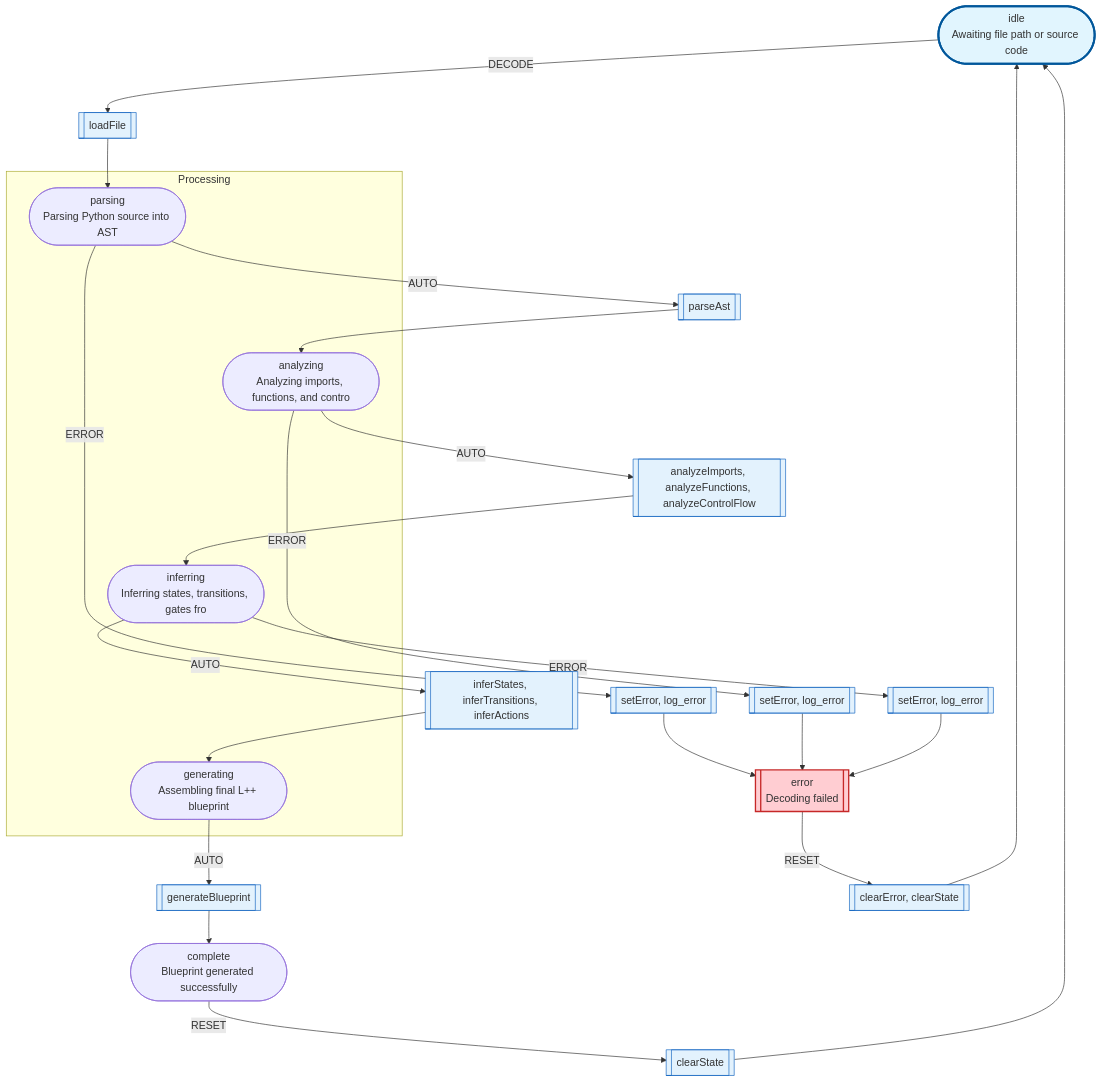
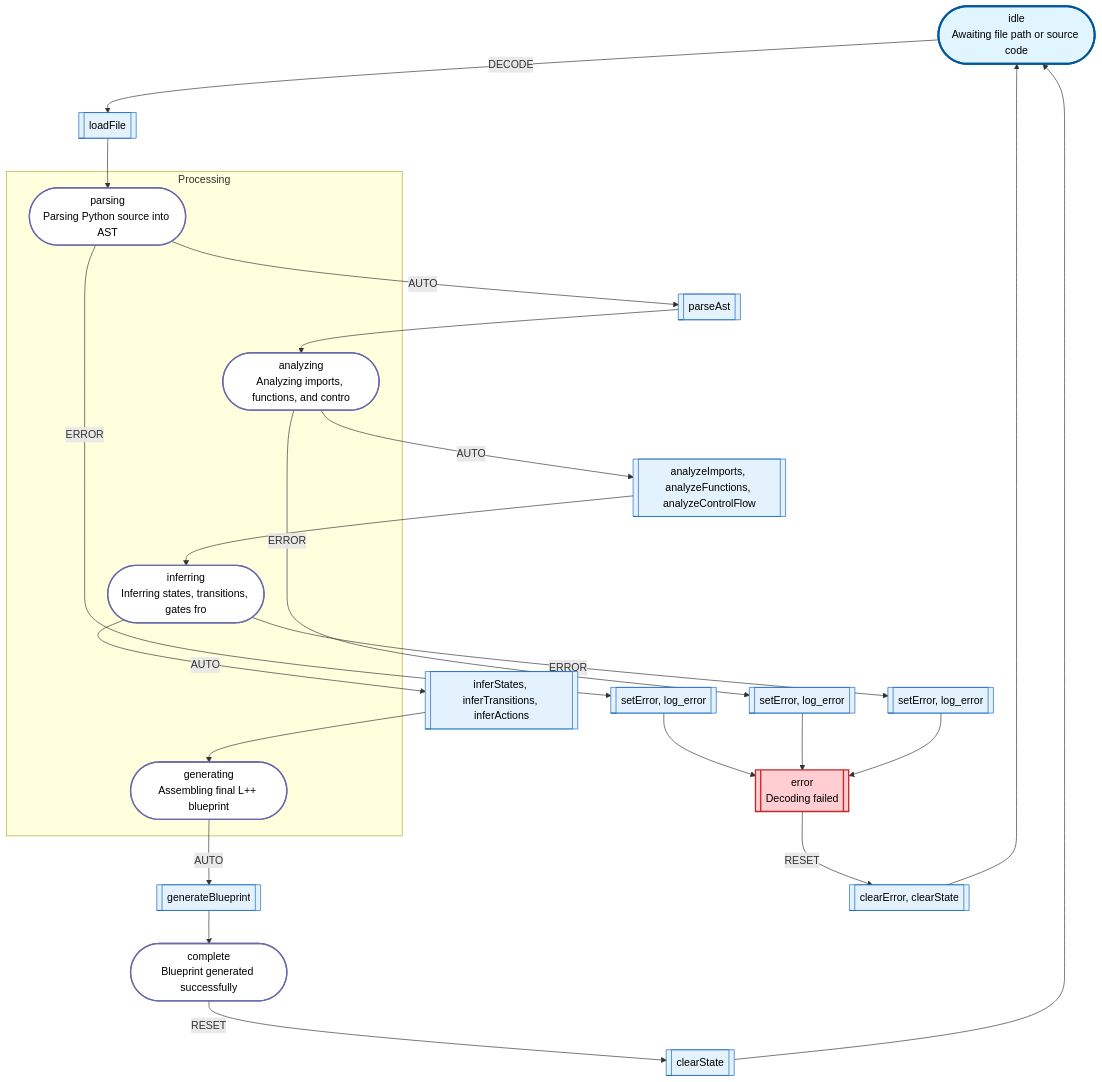
The diagram in utils/logic_decoder/results/logic_decoder.mmd (rhCat/lpp), drawn with Mermaid before and after one commit. The commit also changed 64 other files, not shown here.

```diff
--- a/utils/logic_decoder/results/logic_decoder.mmd
+++ b/utils/logic_decoder/results/logic_decoder.mmd
@@ -1,50 +1,51 @@
 flowchart TD
     %% L++ Logic CAD: Python Logic Decoder
-        state_idle(["idle\nAwaiting file path or source code"]):::entry
+        state_idle(["idle<br>Awaiting file path or source code"]):::entry
     subgraph Processing
-        state_parsing(["parsing\nParsing Python source into AST"])
-        state_analyzing(["analyzing\nAnalyzing imports, functions, and contro"])
-        state_inferring(["inferring\nInferring states, transitions, gates fro"])
-        state_generating(["generating\nAssembling final L++ blueprint"])
+        state_parsing(["parsing<br>Parsing Python source into AST"]):::state
+        state_analyzing(["analyzing<br>Analyzing imports, functions, and contro"]):::state
+        state_inferring(["inferring<br>Inferring states, transitions, gates fro"]):::state
+        state_generating(["generating<br>Assembling final L++ blueprint"]):::state
     end
-        state_complete(["complete\nBlueprint generated successfully"])
-        state_error[["error\nDecoding failed"]]:::errorState
+        state_complete(["complete<br>Blueprint generated successfully"]):::state
+        state_error[["error<br>Decoding failed"]]:::errorState
 
     %% Transitions
     act_t0s0[["loadFile"]]:::action
     state_idle -- "DECODE" --> act_t0s0
     act_t0s0 --> state_parsing
     act_t1s0[["parseAst"]]:::action
     state_parsing -- "AUTO" --> act_t1s0
     act_t1s0 --> state_analyzing
     act_t2s0[["analyzeImports, analyzeFunctions, analyzeControlFlow"]]:::action
     state_analyzing -- "AUTO" --> act_t2s0
     act_t2s0 --> state_inferring
     act_t3s0[["inferStates, inferTransitions, inferActions"]]:::action
     state_inferring -- "AUTO" --> act_t3s0
     act_t3s0 --> state_generating
     act_t4s0[["generateBlueprint"]]:::action
     state_generating -- "AUTO" --> act_t4s0
     act_t4s0 --> state_complete
     act_t5s0[["setError, log_error"]]:::action
     state_parsing -- "ERROR" --> act_t5s0
     act_t5s0 --> state_error
     act_t6s0[["setError, log_error"]]:::action
     state_analyzing -- "ERROR" --> act_t6s0
     act_t6s0 --> state_error
     act_t7s0[["setError, log_error"]]:::action
     state_inferring -- "ERROR" --> act_t7s0
     act_t7s0 --> state_error
     act_t8s0[["clearState"]]:::action
     state_complete -- "RESET" --> act_t8s0
     act_t8s0 --> state_idle
     act_t9s0[["clearError, clearState"]]:::action
     state_error -- "RESET" --> act_t9s0
     act_t9s0 --> state_idle
 
-    %% Styling
-    classDef entry fill:#e1f5fe,stroke:#01579b,stroke-width:3px
-    classDef terminal fill:#c8e6c9,stroke:#2e7d32,stroke-width:3px
-    classDef errorState fill:#ffcdd2,stroke:#c62828,stroke-width:2px
-    classDef gate fill:#fff3e0,stroke:#e65100,stroke-width:2px
-    classDef action fill:#e3f2fd,stroke:#1565c0,stroke-width:1px
+    %% Styling - ALL shapes have explicit fill and black text
+    classDef entry fill:#e1f5fe,stroke:#01579b,stroke-width:3px,color:#000
+    classDef terminal fill:#c8e6c9,stroke:#2e7d32,stroke-width:3px,color:#000
+    classDef errorState fill:#ffcdd2,stroke:#c62828,stroke-width:2px,color:#000
+    classDef state fill:#ffffff,stroke:#6a6aaa,stroke-width:2px,color:#000
+    classDef gate fill:#fff3e0,stroke:#e65100,stroke-width:2px,color:#000
+    classDef action fill:#e3f2fd,stroke:#1565c0,stroke-width:1px,color:#000
```
